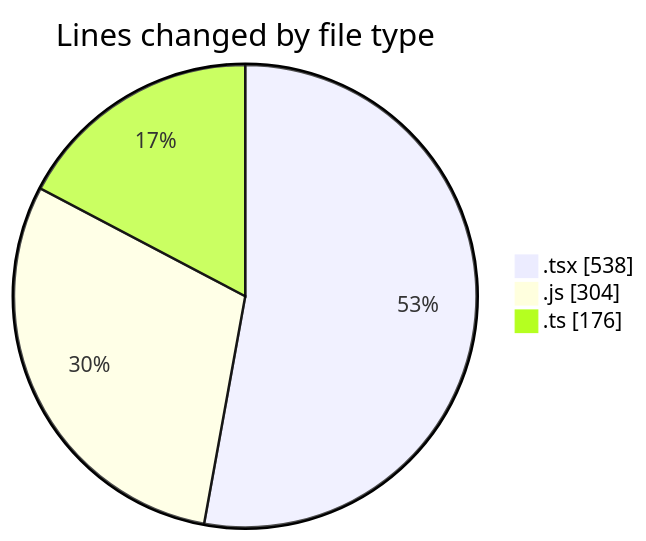
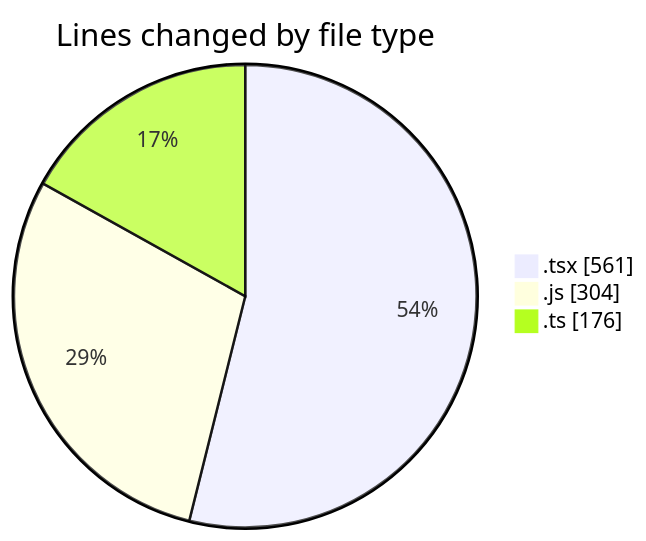
The first of 2 diagrams in 2025-02-26/cda/README.md (momahboobian/code-tracking), drawn with Mermaid before and after one commit. The commit also changed other lines of this file and 1 other file, not shown here.

````diff
--- a/2025-02-26/cda/README.md
+++ b/2025-02-26/cda/README.md
@@ -30,7 +30,7 @@
 ```mermaid
 pie showData
 title Lines changed by file type
-".tsx" : 538
+".tsx" : 561
 ".js" : 304
 ".ts" : 176
 ```
````
